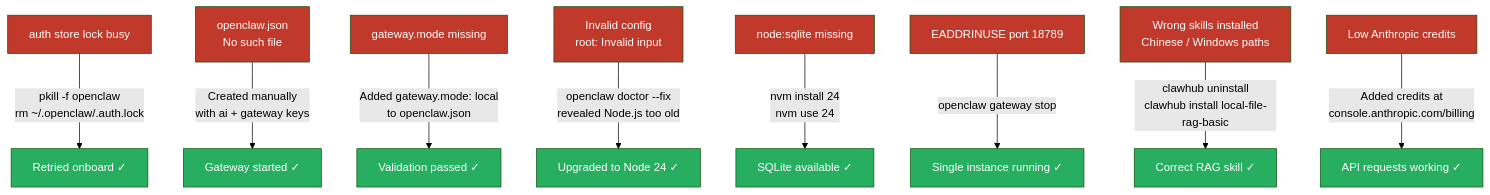
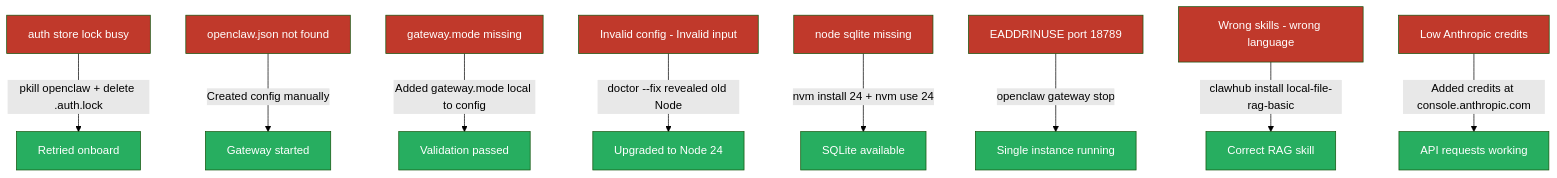
Before and after one commit to iportilla/4120-Intro: the third of 4 diagrams in docs/README.md, drawn with Mermaid (forest theme). The commit also changed other lines of this file, not shown here.

````diff
--- a/docs/README.md
+++ b/docs/README.md
@@ -67,28 +67,28 @@
 ```mermaid
 flowchart TD
-    E1[auth store lock busy] -->|pkill -f openclaw\nrm ~/.openclaw/.auth.lock| F1[Retried onboard ✓]
-    E2[openclaw.json\nNo such file] -->|Created manually\nwith ai + gateway keys| F2[Gateway started ✓]
-    E3[gateway.mode missing] -->|Added gateway.mode: local\nto openclaw.json| F3[Validation passed ✓]
-    E4[Invalid config\nroot: Invalid input] -->|openclaw doctor --fix\nrevealed Node.js too old| F4[Upgraded to Node 24 ✓]
-    E5[node:sqlite missing] -->|nvm install 24\nnvm use 24| F5[SQLite available ✓]
-    E6[EADDRINUSE port 18789] -->|openclaw gateway stop| F6[Single instance running ✓]
-    E7[Wrong skills installed\nChinese / Windows paths] -->|clawhub uninstall\nclawhub install local-file-rag-basic| F7[Correct RAG skill ✓]
-    E8[Low Anthropic credits] -->|Added credits at\nconsole.anthropic.com/billing| F8[API requests working ✓]
+    E1[auth store lock busy] -->|pkill openclaw + delete .auth.lock| F1[Retried onboard]
+    E2[openclaw.json not found] -->|Created config manually| F2[Gateway started]
+    E3[gateway.mode missing] -->|Added gateway.mode local to config| F3[Validation passed]
+    E4[Invalid config - Invalid input] -->|doctor --fix revealed old Node| F4[Upgraded to Node 24]
+    E5[node sqlite missing] -->|nvm install 24 + nvm use 24| F5[SQLite available]
+    E6[EADDRINUSE port 18789] -->|openclaw gateway stop| F6[Single instance running]
+    E7[Wrong skills - wrong language] -->|clawhub install local-file-rag-basic| F7[Correct RAG skill]
+    E8[Low Anthropic credits] -->|Added credits at console.anthropic.com| F8[API requests working]
 
     style E1 fill:#c0392b,color:#fff
     style E2 fill:#c0392b,color:#fff
     style E3 fill:#c0392b,color:#fff
     style E4 fill:#c0392b,color:#fff
     style E5 fill:#c0392b,color:#fff
     style E6 fill:#c0392b,color:#fff
     style E7 fill:#c0392b,color:#fff
     style E8 fill:#c0392b,color:#fff
     style F1 fill:#27ae60,color:#fff
     style F2 fill:#27ae60,color:#fff
     style F3 fill:#27ae60,color:#fff
     style F4 fill:#27ae60,color:#fff
     style F5 fill:#27ae60,color:#fff
     style F6 fill:#27ae60,color:#fff
     style F7 fill:#27ae60,color:#fff
     style F8 fill:#27ae60,color:#fff
 ```
````
